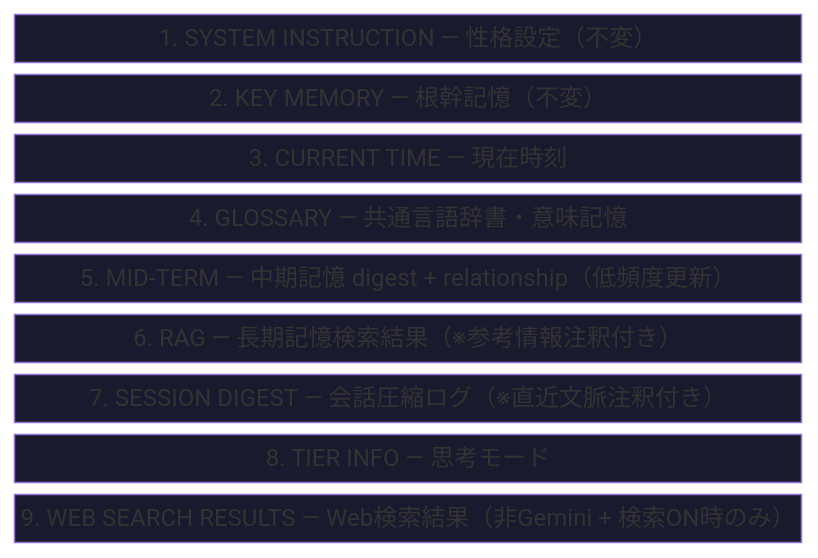
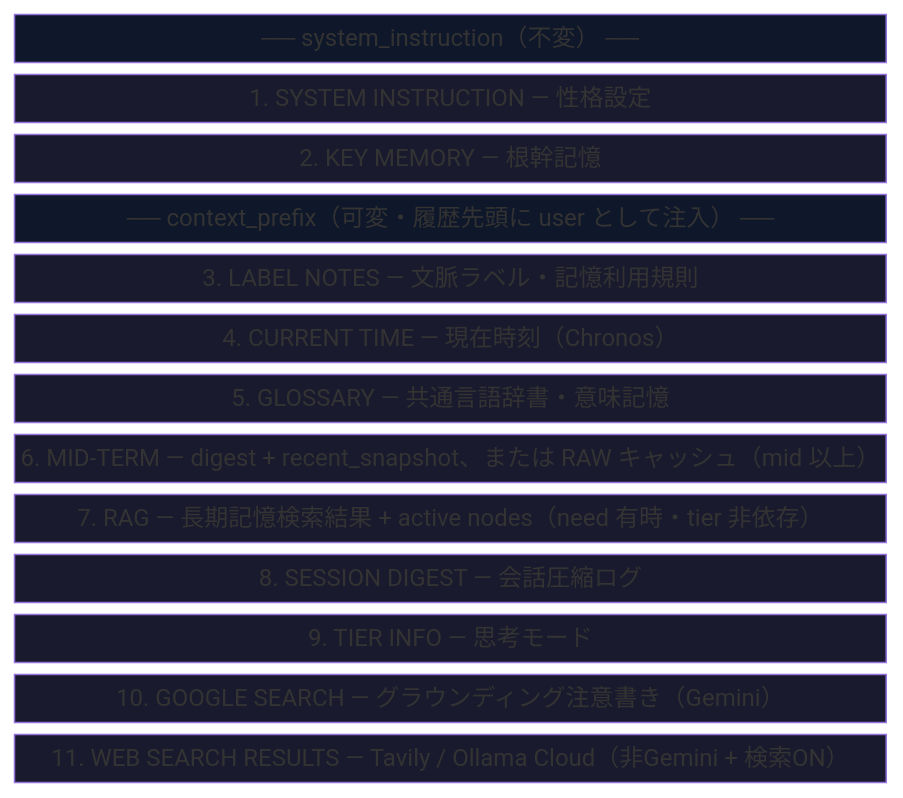
The second of 11 diagrams in docs/reference/DIAGRAMS.ja.md (unagisann/Butly), drawn with Mermaid before and after one commit. The commit also changed other lines of this file and 28 other files, not shown here.

````diff
--- a/docs/reference/DIAGRAMS.ja.md
+++ b/docs/reference/DIAGRAMS.ja.md
@@ -44,23 +60,31 @@
 ```mermaid
 block-beta
     columns 1
-    A["1. SYSTEM INSTRUCTION — 性格設定（不変）"]
-    B["2. KEY MEMORY — 根幹記憶（不変）"]
-    C["3. CURRENT TIME — 現在時刻"]
-    D["4. GLOSSARY — 共通言語辞書・意味記憶"]
-    E["5. MID-TERM — 中期記憶 digest + relationship（低頻度更新）"]
-    F["6. RAG — 長期記憶検索結果（※参考情報注釈付き）"]
-    G["7. SESSION DIGEST — 会話圧縮ログ（※直近文脈注釈付き）"]
-    H["8. TIER INFO — 思考モード"]
-    I["9. WEB SEARCH RESULTS — Web検索結果（非Gemini + 検索ON時のみ）"]
+    T1["── system_instruction（不変） ──"]
+    A["1. SYSTEM INSTRUCTION — 性格設定"]
+    B["2. KEY MEMORY — 根幹記憶"]
+    T2["── context_prefix（可変・履歴先頭に user として注入） ──"]
+    C["3. LABEL NOTES — 文脈ラベル・記憶利用規則"]
+    D["4. CURRENT TIME — 現在時刻（Chronos）"]
+    E["5. GLOSSARY — 共通言語辞書・意味記憶"]
+    F["6. MID-TERM — digest + recent_snapshot、または RAW キャッシュ（mid 以上）"]
+    G["7. RAG — 長期記憶検索結果 + active nodes（need 有時・tier 非依存）"]
+    H["8. SESSION DIGEST — 会話圧縮ログ"]
+    I["9. TIER INFO — 思考モード"]
+    J["10. GOOGLE SEARCH — グラウンディング注意書き（Gemini）"]
+    K["11. WEB SEARCH RESULTS — Tavily / Ollama Cloud（非Gemini + 検索ON）"]
 
+    style T1 fill:#0f172a,color:#94a3b8
+    style T2 fill:#0f172a,color:#94a3b8
     style A fill:#1a1a2e,color:#ec4899
     style B fill:#1a1a2e,color:#f59e0b
-    style C fill:#1a1a2e,color:#8899aa
-    style D fill:#1a1a2e,color:#a78bfa
-    style E fill:#1a1a2e,color:#10b981
-    style F fill:#1a1a2e,color:#ef4444
-    style G fill:#1a1a2e,color:#3b82f6
-    style H fill:#1a1a2e,color:#556677
-    style I fill:#1a1a2e,color:#f97316
+    style C fill:#1a1a2e,color:#64748b
+    style D fill:#1a1a2e,color:#8899aa
+    style E fill:#1a1a2e,color:#a78bfa
+    style F fill:#1a1a2e,color:#10b981
+    style G fill:#1a1a2e,color:#ef4444
+    style H fill:#1a1a2e,color:#3b82f6
+    style I fill:#1a1a2e,color:#556677
+    style J fill:#1a1a2e,color:#22d3ee
+    style K fill:#1a1a2e,color:#f97316
 ```
````
